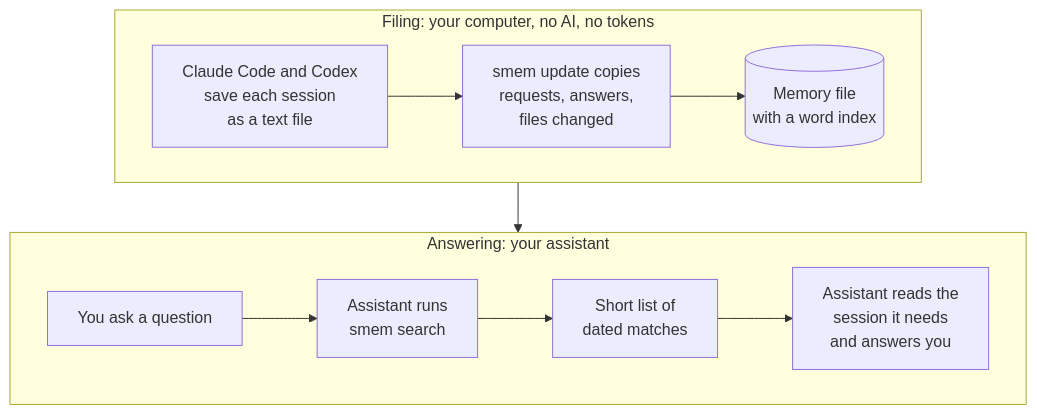
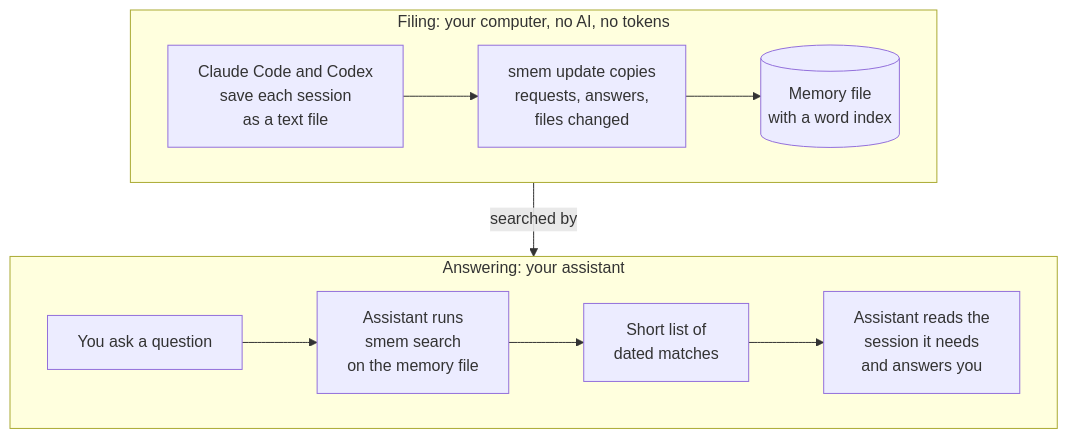
One commit to Palis8d/session-memory changed the diagram in README.md. Above: the diagram before and after it, drawn with Mermaid.

Commit message:
README: keep both diagram lanes horizontal

````diff
--- a/README.md
+++ b/README.md
@@ -30,12 +30,12 @@
 ```mermaid
 flowchart TB
   subgraph filing["Filing: your computer, no AI, no tokens"]
     direction LR
     A["Claude Code and Codex<br/>save each session<br/>as a text file"] --> B["smem update copies<br/>requests, answers,<br/>files changed"] --> C[("Memory file<br/>with a word index")]
   end
   subgraph answering["Answering: your assistant"]
     direction LR
-    D["You ask a question"] --> E["Assistant runs<br/>smem search"] --> F["Short list of<br/>dated matches"] --> G["Assistant reads the<br/>session it needs<br/>and answers you"]
+    D["You ask a question"] --> E["Assistant runs<br/>smem search<br/>on the memory file"] --> F["Short list of<br/>dated matches"] --> G["Assistant reads the<br/>session it needs<br/>and answers you"]
   end
-  C --> E
+  filing -- "searched by" --> answering
 ```
````
